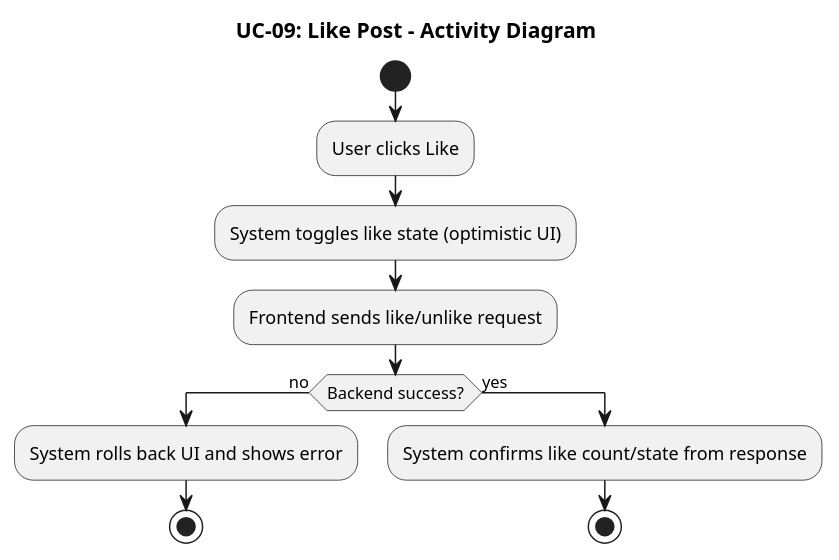
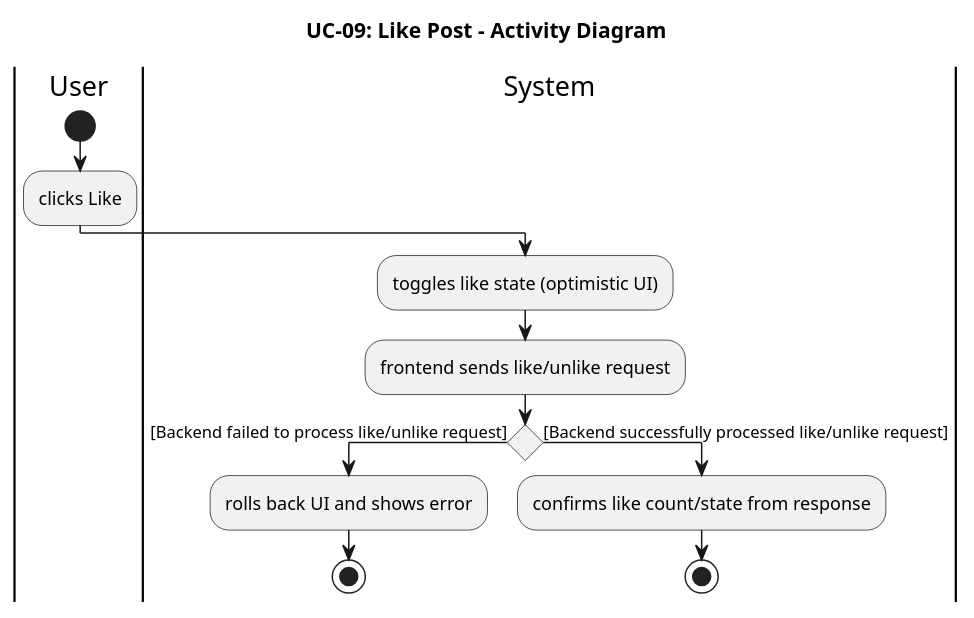
Diagram 11 of 27 in springboot-backend/BridgeU-SRS.md (pzyllll/BridgeU), drawn with PlantUML before and after one commit. The commit also changed other lines of this file and 5 other files, not shown here.

````diff
--- a/springboot-backend/BridgeU-SRS.md
+++ b/springboot-backend/BridgeU-SRS.md
@@ -1591,17 +1724,21 @@
 ```plantuml
 @startuml UC09_Activity_Diagram
 title UC-09: Like Post - Activity Diagram
 
+|User|
 start
-:User clicks Like;
-:System toggles like state (optimistic UI);
-:Frontend sends like/unlike request;
-if (Backend success?) then (no)
-  :System rolls back UI and shows error;
+:clicks Like;
+
+|System|
+:toggles like state (optimistic UI);
+:frontend sends like/unlike request;
+
+if () then ([Backend failed to process like/unlike request])
+  :rolls back UI and shows error;
   stop
-else (yes)
-  :System confirms like count/state from response;
+else ([Backend successfully processed like/unlike request])
+  :confirms like count/state from response;
   stop
 endif
 @enduml
 ```
````
